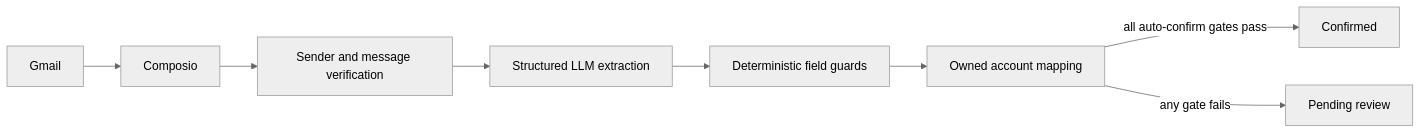
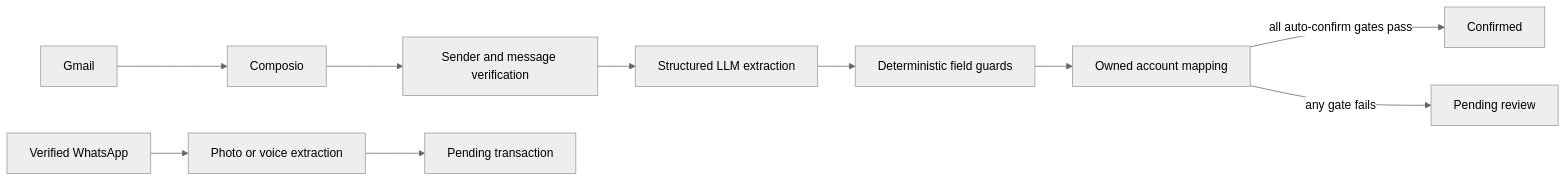
One commit to ZoeMohamed/Monara changed the diagram in docs/tech/extraction.md. Above: the diagram before and after it, drawn with Mermaid (neutral theme). The commit also changed other lines of this file and 9 other files, not shown here.

````diff
--- a/docs/tech/extraction.md
+++ b/docs/tech/extraction.md
@@ -13,9 +15,11 @@
 ```mermaid
 flowchart LR
   Gmail --> Composio --> Verify[Sender and message verification]
   Verify --> Extract[Structured LLM extraction]
   Extract --> Guard[Deterministic field guards]
   Guard --> Map[Owned account mapping]
   Map -->|all auto-confirm gates pass| Confirmed
   Map -->|any gate fails| Review[Pending review]
+  WhatsApp[Verified WhatsApp] --> Media[Photo or voice extraction]
+  Media --> Pending[Pending transaction]
 ```
````
